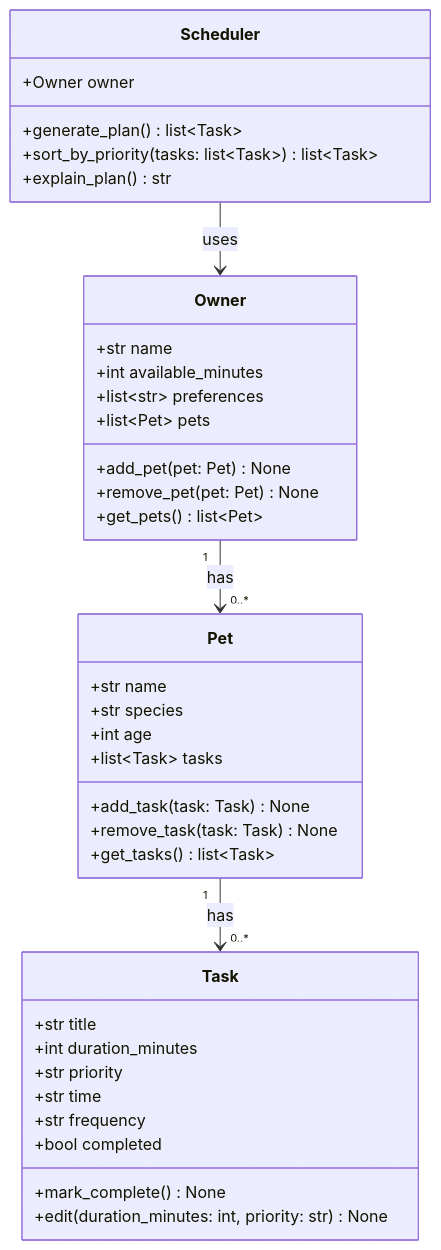
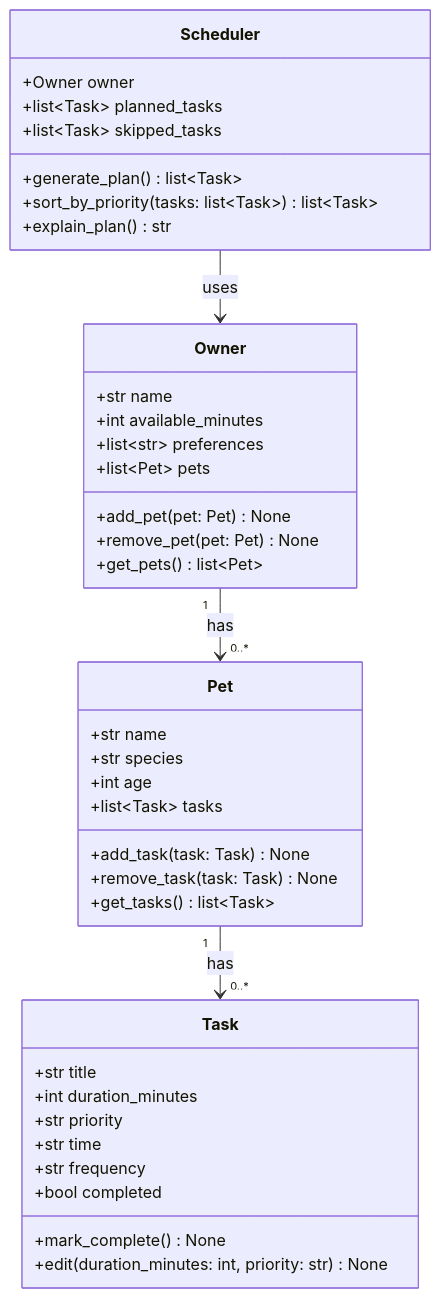
Before and after one commit to zawtheinhtike94-glitch/ai110-module2show-pawpal-starter: the diagram in diagrams/uml.mmd, drawn with Mermaid. The commit also changed 2 other files, not shown here.

```diff
--- a/diagrams/uml.mmd
+++ b/diagrams/uml.mmd
@@ -1,45 +1,47 @@
 classDiagram
     %% PawPal+ initial design (Phase 1 draft).
     %% Keep this file updated so it matches your final implementation.
 
     class Owner {
         +str name
         +int available_minutes
         +list~str~ preferences
         +list~Pet~ pets
         +add_pet(pet: Pet) None
         +remove_pet(pet: Pet) None
         +get_pets() list~Pet~
     }
 
     class Pet {
         +str name
         +str species
         +int age
         +list~Task~ tasks
         +add_task(task: Task) None
         +remove_task(task: Task) None
         +get_tasks() list~Task~
     }
 
     class Task {
         +str title
         +int duration_minutes
         +str priority
         +str time
         +str frequency
         +bool completed
         +mark_complete() None
         +edit(duration_minutes: int, priority: str) None
     }
 
     class Scheduler {
         +Owner owner
+        +list~Task~ planned_tasks
+        +list~Task~ skipped_tasks
         +generate_plan() list~Task~
         +sort_by_priority(tasks: list~Task~) list~Task~
         +explain_plan() str
     }
 
     Owner "1" --> "0..*" Pet : has
     Pet "1" --> "0..*" Task : has
     Scheduler --> Owner : uses
```
